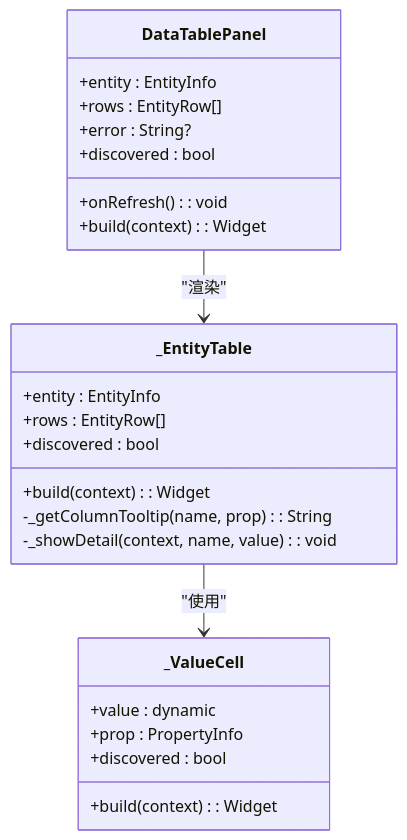
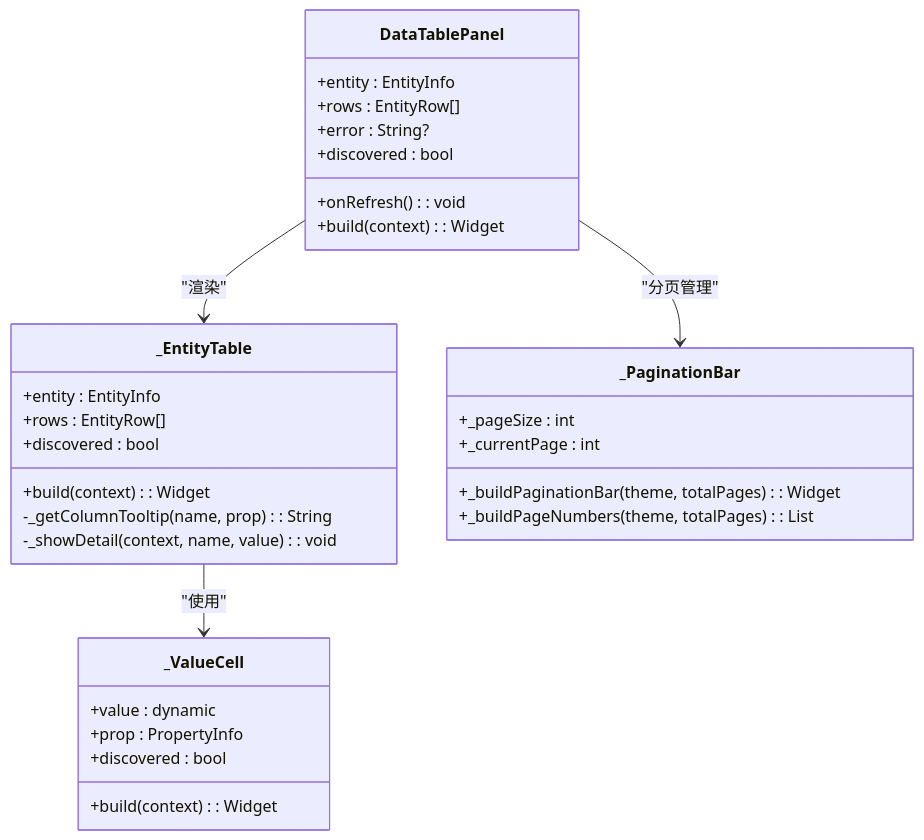
One commit to kongpf8848/objectbox_viewer changed the third of 8 diagrams in .qoder/repowiki/zh/content/UI 组件/数据表格面板.md. Above: the diagram before and after it, drawn with Mermaid. The commit also changed other lines of this file and 9 other files, not shown here.

````diff
--- a/.qoder/repowiki/zh/content/UI 组件/数据表格面板.md
+++ b/.qoder/repowiki/zh/content/UI 组件/数据表格面板.md
@@ -120,27 +136,34 @@
 ```mermaid
 classDiagram
 class DataTablePanel {
 +entity : EntityInfo
 +rows : EntityRow[]
 +error : String?
 +onRefresh() : void
 +discovered : bool
 +build(context) : Widget
 }
 class _EntityTable {
 +entity : EntityInfo
 +rows : EntityRow[]
 +discovered : bool
 +build(context) : Widget
 -_getColumnTooltip(name, prop) : String
 -_showDetail(context, name, value) : void
 }
 class _ValueCell {
 +value : dynamic
 +prop : PropertyInfo
 +discovered : bool
 +build(context) : Widget
 }
+class _PaginationBar {
++_pageSize : int
++_currentPage : int
++_buildPaginationBar(theme, totalPages) : Widget
++_buildPageNumbers(theme, totalPages) : List<Widget>
+}
 DataTablePanel --> _EntityTable : "渲染"
+DataTablePanel --> _PaginationBar : "分页管理"
 _EntityTable --> _ValueCell : "使用"
 ```
````
